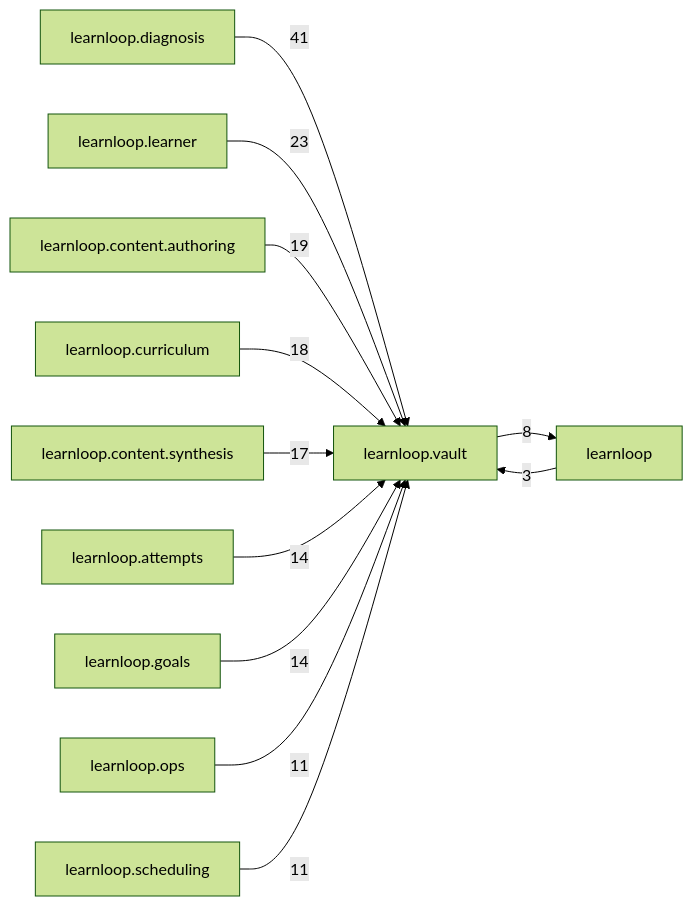
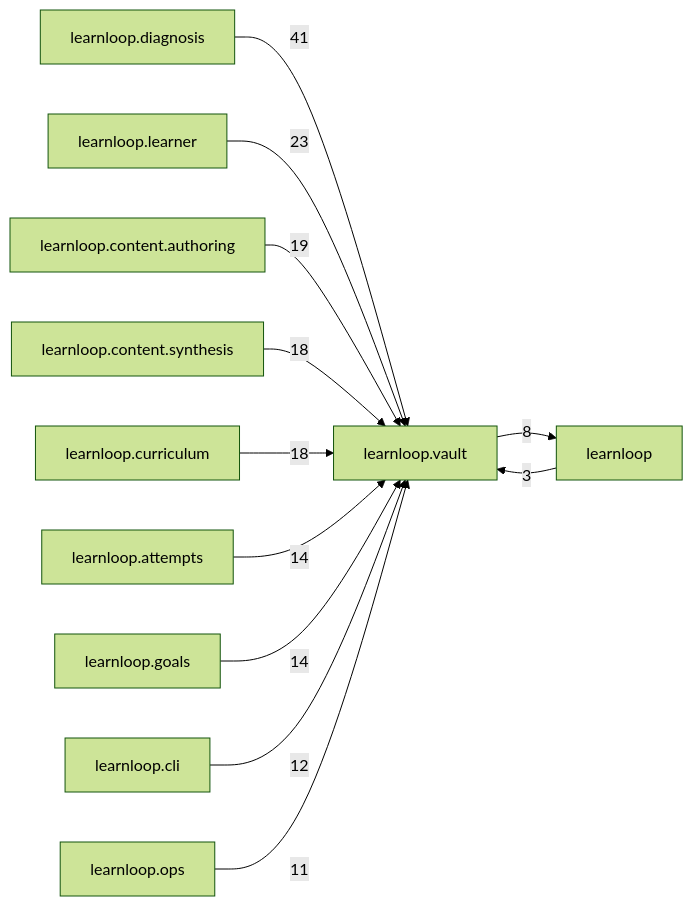
The diagram in docs/learnloop-architecture-vault/Reference/Modules/learnloop/vault/_package.md (6up-b/learnanything), drawn with Mermaid (forest theme) before and after one commit. The commit also changed other lines of this file and 633 other files, not shown here.

````diff
--- a/docs/learnloop-architecture-vault/Reference/Modules/learnloop/vault/_package.md
+++ b/docs/learnloop-architecture-vault/Reference/Modules/learnloop/vault/_package.md
@@ -104,25 +104,25 @@
 ```mermaid
 flowchart LR
     center["learnloop.vault"]
     n_learnloop_diagnosis["learnloop.diagnosis"]
     n_learnloop_learner["learnloop.learner"]
     n_learnloop_content_authoring["learnloop.content.authoring"]
+    n_learnloop_content_synthesis["learnloop.content.synthesis"]
     n_learnloop_curriculum["learnloop.curriculum"]
-    n_learnloop_content_synthesis["learnloop.content.synthesis"]
     n_learnloop_attempts["learnloop.attempts"]
     n_learnloop_goals["learnloop.goals"]
+    n_learnloop_cli["learnloop.cli"]
     n_learnloop["learnloop"]
     n_learnloop_ops["learnloop.ops"]
-    n_learnloop_scheduling["learnloop.scheduling"]
     n_learnloop_diagnosis -->|41| center
     n_learnloop_learner -->|23| center
     n_learnloop_content_authoring -->|19| center
+    n_learnloop_content_synthesis -->|18| center
     n_learnloop_curriculum -->|18| center
-    n_learnloop_content_synthesis -->|17| center
     n_learnloop_attempts -->|14| center
     n_learnloop_goals -->|14| center
+    n_learnloop_cli -->|12| center
     n_learnloop -->|3| center
     center -->|8| n_learnloop
     n_learnloop_ops -->|11| center
-    n_learnloop_scheduling -->|11| center
 ```
````
